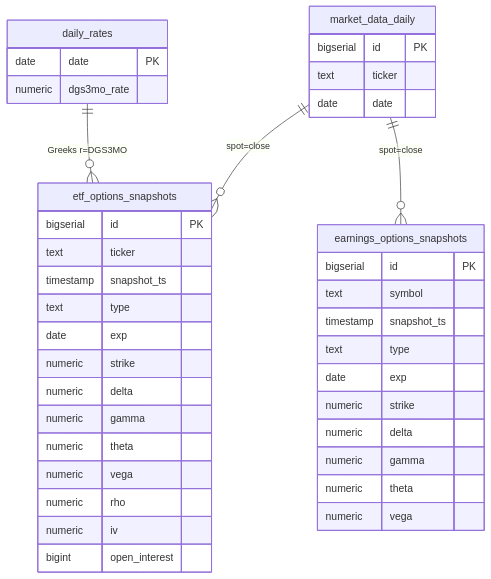
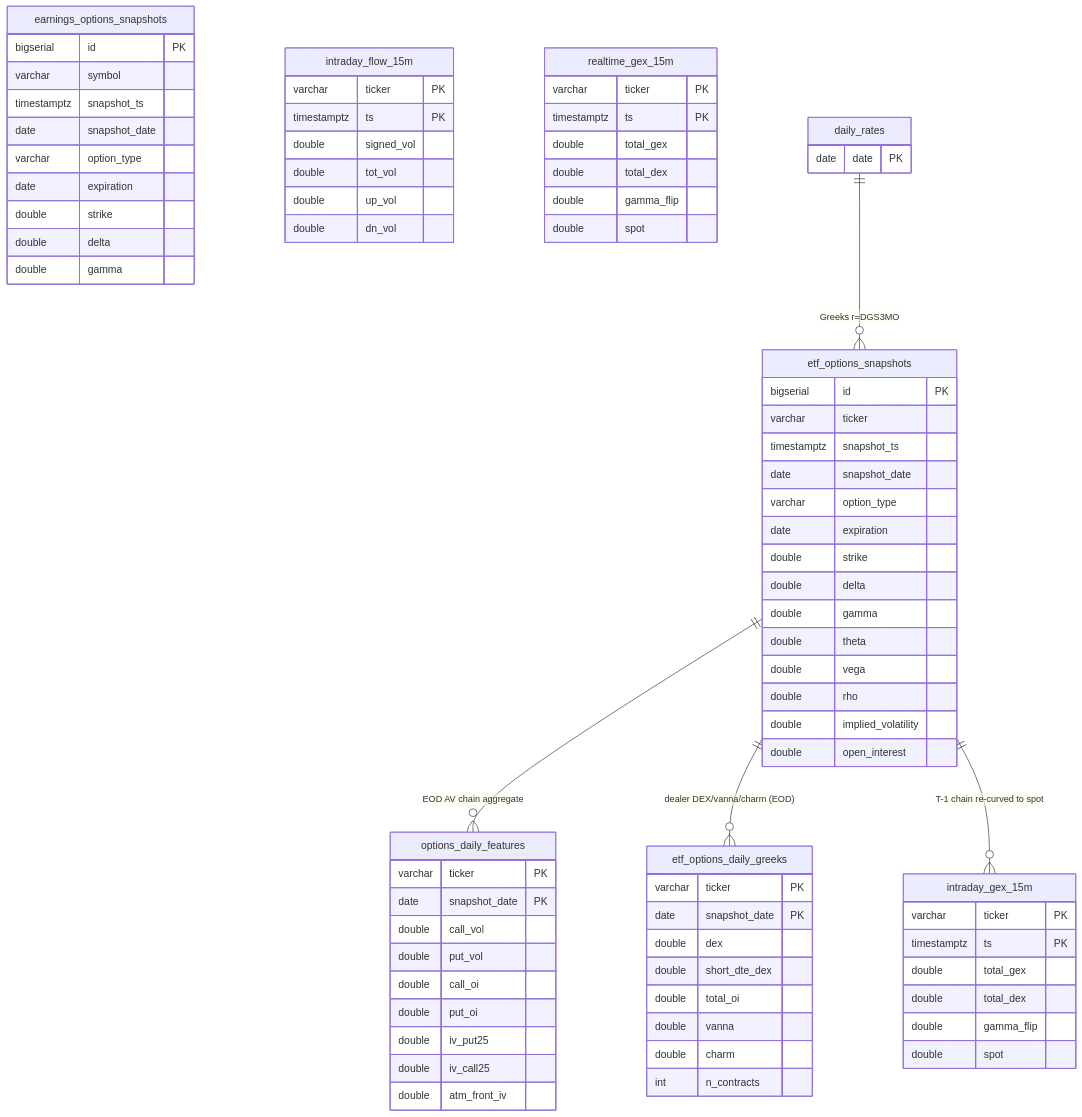
The second of 10 diagrams in ERD.md (TeneikaAskew/stocks), drawn with Mermaid before and after one commit. The commit also changed other lines of this file and 7 other files, not shown here.

First line of the commit message:
docs: refresh architecture & system docs to 2026-06-23 state

````diff
--- a/ERD.md
+++ b/ERD.md
@@ -115,42 +114,80 @@
 ```mermaid
 erDiagram
     etf_options_snapshots {
         bigserial id PK
-        text ticker
-        timestamp snapshot_ts
-        text type
-        date exp
-        numeric strike
-        numeric delta
-        numeric gamma
-        numeric theta
-        numeric vega
-        numeric rho
-        numeric iv
-        bigint open_interest
+        varchar ticker
+        timestamptz snapshot_ts
+        date snapshot_date
+        varchar option_type
+        date expiration
+        double strike
+        double delta
+        double gamma
+        double theta
+        double vega
+        double rho
+        double implied_volatility
+        double open_interest
     }
     earnings_options_snapshots {
         bigserial id PK
-        text symbol
-        timestamp snapshot_ts
-        text type
-        date exp
-        numeric strike
-        numeric delta
-        numeric gamma
-        numeric theta
-        numeric vega
+        varchar symbol
+        timestamptz snapshot_ts
+        date snapshot_date
+        varchar option_type
+        date expiration
+        double strike
+        double delta
+        double gamma
     }
-    daily_rates {
-        date date PK
-        numeric dgs3mo_rate
+    options_daily_features {
+        varchar ticker PK
+        date snapshot_date PK
+        double call_vol
+        double put_vol
+        double call_oi
+        double put_oi
+        double iv_put25
+        double iv_call25
+        double atm_front_iv
     }
-    market_data_daily {
-        bigserial id PK
-        text ticker
-        date date
+    etf_options_daily_greeks {
+        varchar ticker PK
+        date snapshot_date PK
+        double dex
+        double short_dte_dex
+        double total_oi
+        double vanna
+        double charm
+        int n_contracts
     }
+    intraday_flow_15m {
+        varchar ticker PK
+        timestamptz ts PK
+        double signed_vol
+        double tot_vol
+        double up_vol
+        double dn_vol
+    }
+    intraday_gex_15m {
+        varchar ticker PK
+        timestamptz ts PK
+        double total_gex
+        double total_dex
+        double gamma_flip
+        double spot
+    }
+    realtime_gex_15m {
+        varchar ticker PK
+        timestamptz ts PK
+        double total_gex
+        double total_dex
+        double gamma_flip
+        double spot
+    }
+    daily_rates { date date PK }
+    etf_options_snapshots ||--o{ options_daily_features : "EOD AV chain aggregate"
+    etf_options_snapshots ||--o{ etf_options_daily_greeks : "dealer DEX/vanna/charm (EOD)"
+    etf_options_snapshots ||--o{ intraday_gex_15m : "T-1 chain re-curved to spot"
     daily_rates ||--o{ etf_options_snapshots : "Greeks r=DGS3MO"
-    market_data_daily ||--o{ etf_options_snapshots : "spot=close"
-    market_data_daily ||--o{ earnings_options_snapshots : "spot=close"
 ```
````
